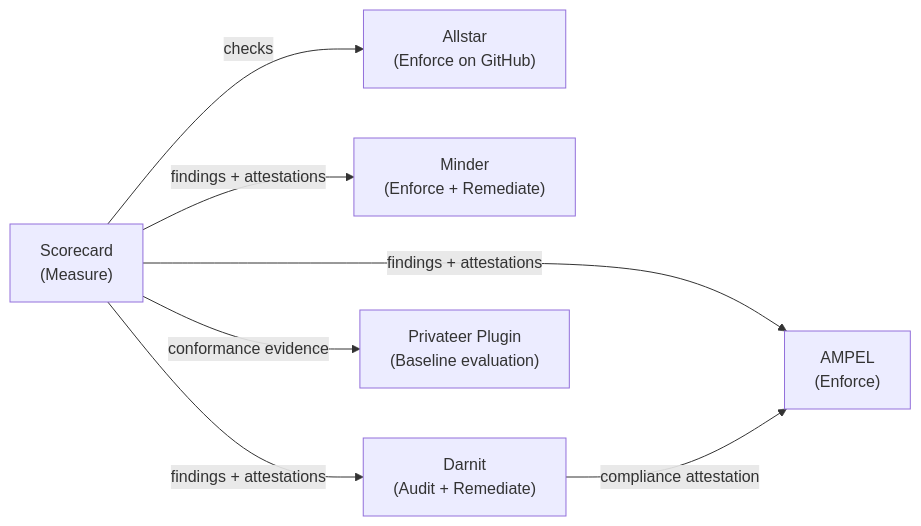
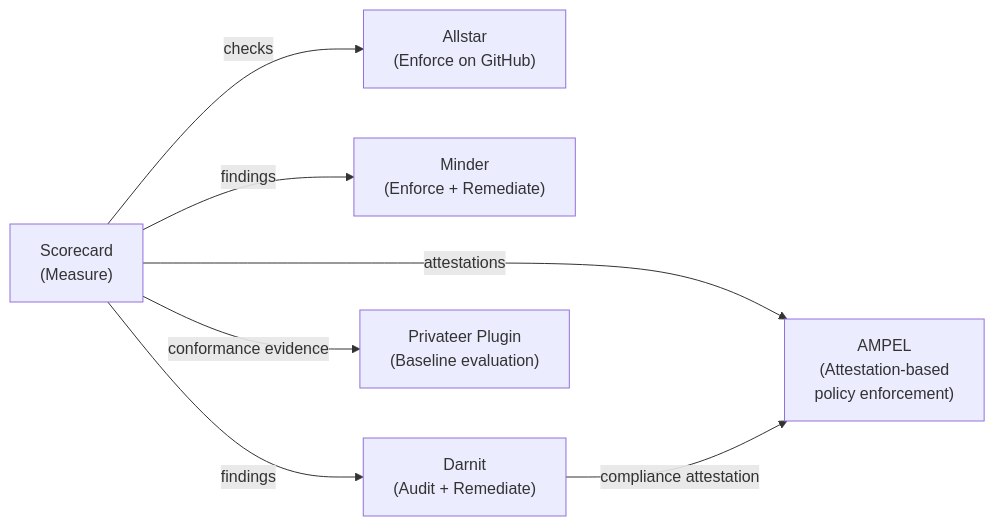
The first of 2 diagrams in openspec/changes/osps-baseline-conformance/proposal.md (ossf/scorecard), drawn with Mermaid before and after one commit. The commit also changed other lines of this file and 2 other files, not shown here.

First line of the commit message:
:seedling: Integrate PR feedback; elevate AMPEL; remove spec.md

````diff
--- a/openspec/changes/osps-baseline-conformance/proposal.md
+++ b/openspec/changes/osps-baseline-conformance/proposal.md
@@ -48,9 +48,9 @@
 ```mermaid
 flowchart LR
     Scorecard["Scorecard<br/>(Measure)"] -->|checks| Allstar["Allstar<br/>(Enforce on GitHub)"]
-    Scorecard -->|findings + attestations| Minder["Minder<br/>(Enforce + Remediate)"]
-    Scorecard -->|findings + attestations| Darnit["Darnit<br/>(Audit + Remediate)"]
-    Scorecard -->|findings + attestations| AMPEL["AMPEL<br/>(Enforce)"]
+    Scorecard -->|findings| Minder["Minder<br/>(Enforce + Remediate)"]
+    Scorecard -->|attestations| AMPEL["AMPEL<br/>(Attestation-based<br/>policy enforcement)"]
+    Scorecard -->|findings| Darnit["Darnit<br/>(Audit + Remediate)"]
     Darnit -->|compliance attestation| AMPEL
     Scorecard -->|conformance evidence| Privateer["Privateer Plugin<br/>(Baseline evaluation)"]
 ```
````
